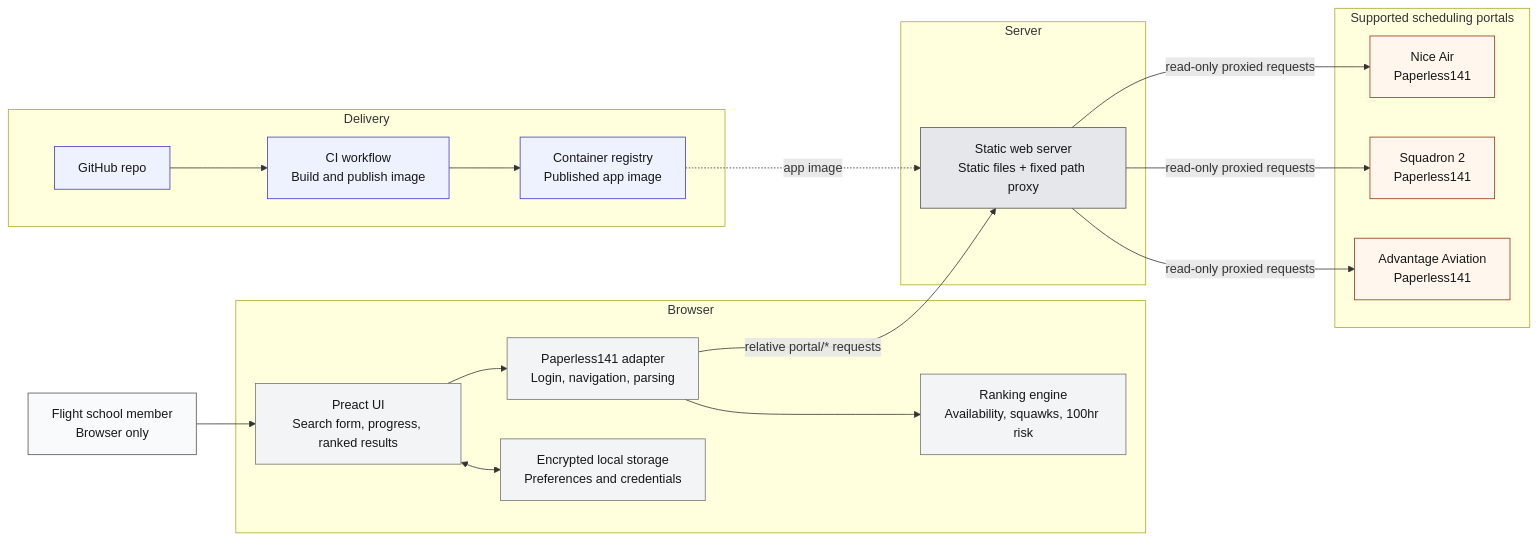
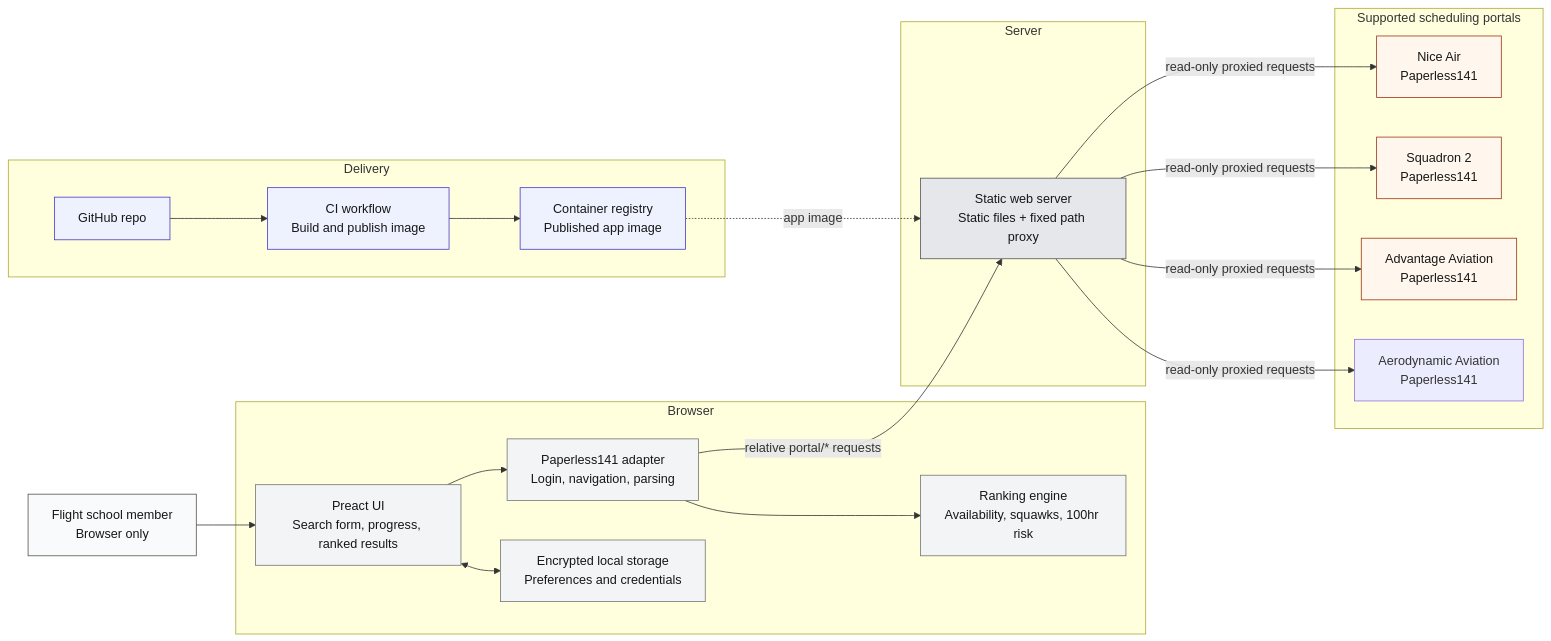
Before and after one commit to yunzhu-li/plane-finder: the diagram in docs/architecture.md, drawn with Mermaid. The commit also changed 4 other files, not shown here.

````diff
--- a/docs/architecture.md
+++ b/docs/architecture.md
@@ -3,52 +3,54 @@
 ```mermaid
 flowchart LR
   user["Flight school member<br/><span>Browser only</span>"]
 
   subgraph browser["Browser"]
     ui["Preact UI<br/><span>Search form, progress, ranked results</span>"]
     adapter["Paperless141 adapter<br/><span>Login, navigation, parsing</span>"]
     ranking["Ranking engine<br/><span>Availability, squawks, 100hr risk</span>"]
     storage["Encrypted local storage<br/><span>Preferences and credentials</span>"]
   end
 
   subgraph server["Server"]
     app["Static web server<br/><span>Static files + fixed path proxy</span>"]
   end
 
   subgraph portals["Supported scheduling portals"]
     nice["Nice Air<br/><span>Paperless141</span>"]
     squadron["Squadron 2<br/><span>Paperless141</span>"]
     advantage["Advantage Aviation<br/><span>Paperless141</span>"]
+    aerodynamic["Aerodynamic Aviation<br/><span>Paperless141</span>"]
   end
 
   subgraph delivery["Delivery"]
     repo["GitHub repo"]
     actions["CI workflow<br/><span>Build and publish image</span>"]
     registry["Container registry<br/><span>Published app image</span>"]
   end
 
   user --> ui
   ui --> adapter
   adapter --> ranking
   ui <--> storage
 
   adapter -->|"relative portal/* requests"| app
   app -->|"read-only proxied requests"| nice
   app -->|"read-only proxied requests"| squadron
   app -->|"read-only proxied requests"| advantage
+  app -->|"read-only proxied requests"| aerodynamic
 
   repo --> actions --> registry
   registry -. "app image" .-> app
 
   classDef person fill:#f8fafc,stroke:#525252,color:#171717,stroke-width:1px;
   classDef browser fill:#f3f4f6,stroke:#737373,color:#171717,stroke-width:1px;
   classDef infra fill:#e5e7eb,stroke:#525252,color:#171717,stroke-width:1px;
   classDef external fill:#fff7ed,stroke:#9a3412,color:#171717,stroke-width:1px;
   classDef delivery fill:#eef2ff,stroke:#4338ca,color:#171717,stroke-width:1px;
 
   class user person;
   class ui,adapter,ranking,storage browser;
   class app infra;
   class nice,squadron,advantage external;
   class repo,actions,registry delivery;
 ```
````
